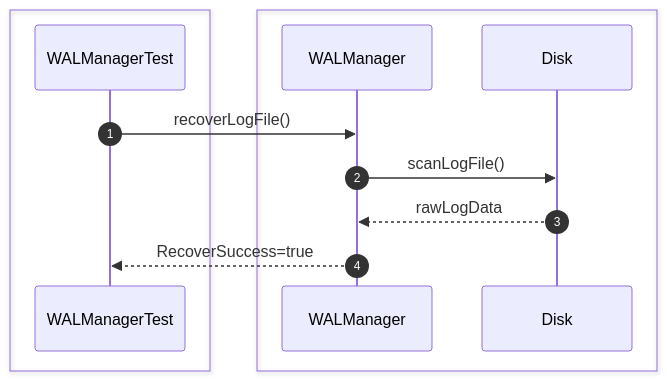
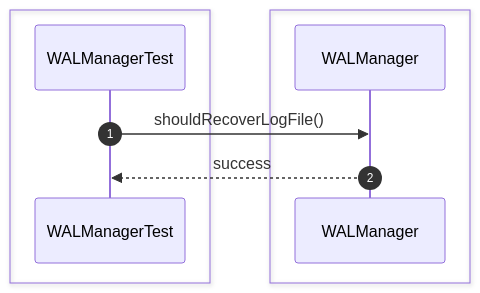
Before and after one commit to Huy1801214/dbms-architecture: the eighth of 28 diagrams in src/sequence/recovery.md, drawn with Mermaid. The commit also changed other lines of this file and 68 other files, not shown here.

Commit message:
implement comprehensive unit test suite and architectural sequence documentation

````diff
--- a/src/sequence/recovery.md
+++ b/src/sequence/recovery.md
@@ -127,17 +111,13 @@
 ```mermaid
 sequenceDiagram
     autonumber
-
     box #e1f5fe Test Suite
     participant Test as WALManagerTest
     end
-    box #ffebee Recovery Components
-    participant WAL as WALManager
-    participant Disk as Disk
+    box #ffebee WALManager Component
+    participant WALM as WALManager
     end
 
-    Test->>WAL: recoverLogFile()
-    WAL->>Disk: scanLogFile()
-    Disk-->>WAL: rawLogData
-    WAL-->>Test: RecoverSuccess=true
+    Test->>WALM: shouldRecoverLogFile()
+    WALM-->>Test: success
 ```
````
